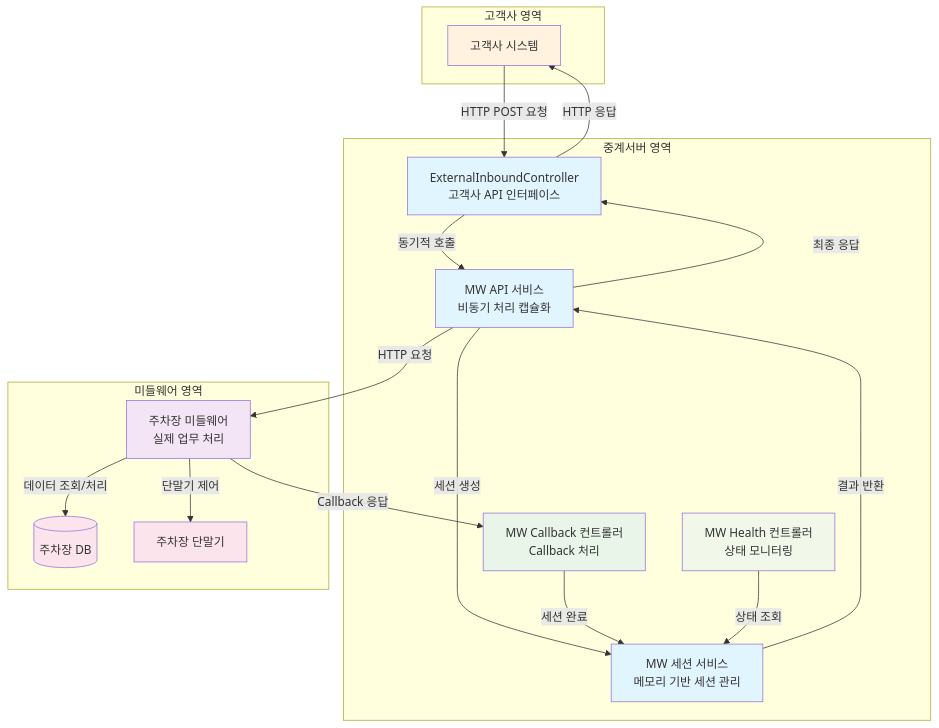
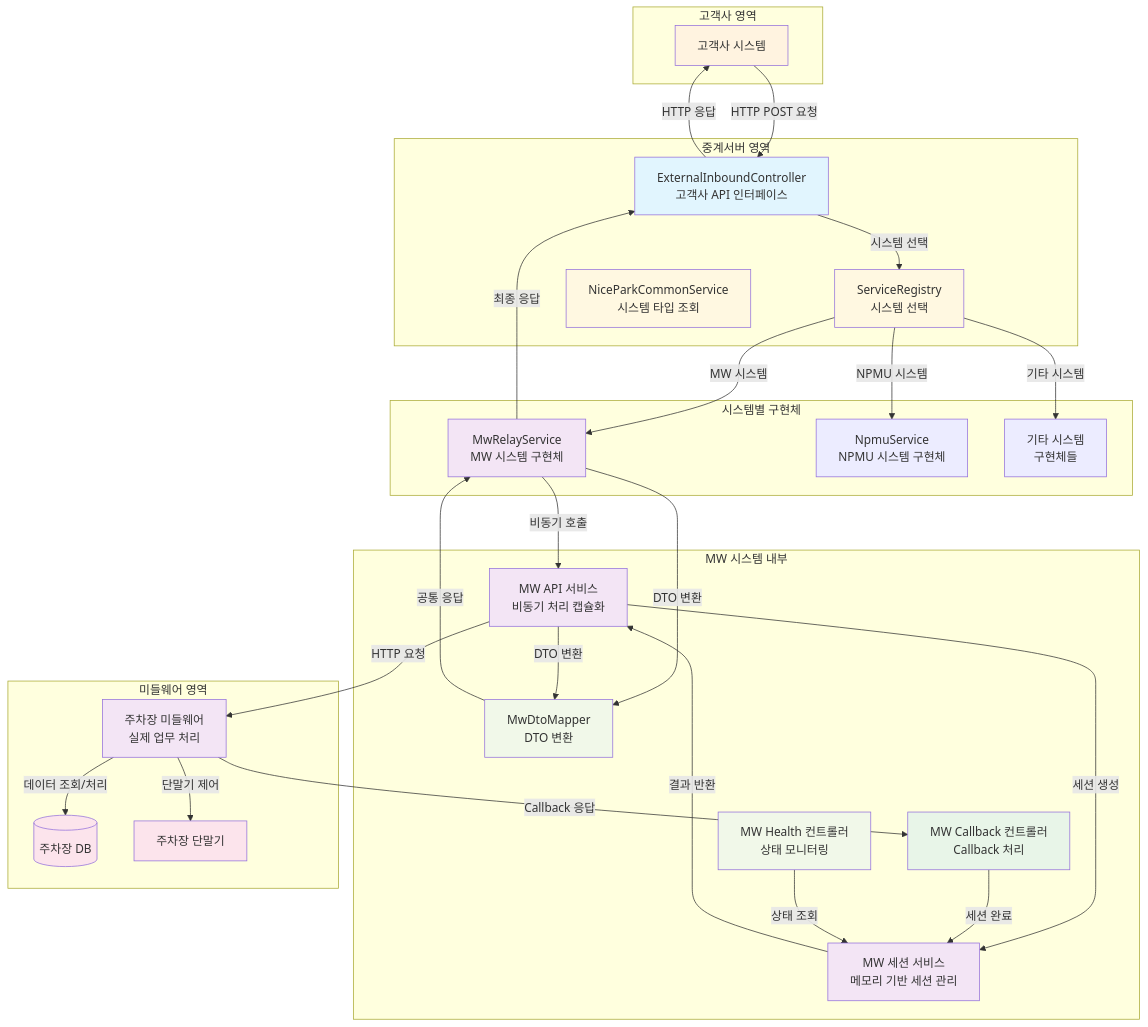
The diagram in npsh.md (hongsoonmyung/test), drawn with Mermaid before and after one commit. The commit also changed other lines of this file, not shown here.

````diff
--- a/npsh.md
+++ b/npsh.md
@@ -27,51 +29,77 @@
 ```mermaid
 graph TB
     subgraph "고객사 영역"
         Client[고객사 시스템]
     end
     
     subgraph "중계서버 영역"
         Relay[ExternalInboundController<br/>고객사 API 인터페이스]
-        MWService[MW API 서비스<br/>비동기 처리 캡슐화]
+        Registry[ServiceRegistry<br/>시스템 선택]
+        CommonService[NiceParkCommonService<br/>시스템 타입 조회]
+    end
+    
+    subgraph "시스템별 구현체"
+        MWRelay[MwRelayService<br/>MW 시스템 구현체]
+        NpmuService[NpmuService<br/>NPMU 시스템 구현체]
+        OtherService[기타 시스템<br/>구현체들]
+    end
+    
+    subgraph "MW 시스템 내부"
+        MWApiService[MW API 서비스<br/>비동기 처리 캡슐화]
         SessionService[MW 세션 서비스<br/>메모리 기반 세션 관리]
         CallbackController[MW Callback 컨트롤러<br/>Callback 처리]
         HealthController[MW Health 컨트롤러<br/>상태 모니터링]
+        DtoMapper[MwDtoMapper<br/>DTO 변환]
     end
     
     subgraph "미들웨어 영역"
         MW[주차장 미들웨어<br/>실제 업무 처리]
         ParkingDB[(주차장 DB)]
         Terminal[주차장 단말기]
     end
     
     Client -->|HTTP POST 요청| Relay
-    Relay -->|동기적 호출| MWService
-    MWService -->|세션 생성| SessionService
-    MWService -->|HTTP 요청| MW
+    Relay -->|시스템 선택| Registry
+    Registry -->|MW 시스템| MWRelay
+    Registry -->|NPMU 시스템| NpmuService
+    Registry -->|기타 시스템| OtherService
+    
+    MWRelay -->|DTO 변환| DtoMapper
+    MWRelay -->|비동기 호출| MWApiService
+    MWApiService -->|세션 생성| SessionService
+    MWApiService -->|HTTP 요청| MW
     MW -->|데이터 조회/처리| ParkingDB
     MW -->|단말기 제어| Terminal
     MW -->|Callback 응답| CallbackController
     CallbackController -->|세션 완료| SessionService
-    SessionService -->|결과 반환| MWService
-    MWService -->|최종 응답| Relay
+    SessionService -->|결과 반환| MWApiService
+    MWApiService -->|DTO 변환| DtoMapper
+    DtoMapper -->|공통 응답| MWRelay
+    MWRelay -->|최종 응답| Relay
     Relay -->|HTTP 응답| Client
     
     HealthController -->|상태 조회| SessionService
     
     classDef relayStyle fill:#e1f5fe
     classDef mwStyle fill:#f3e5f5
     classDef callbackStyle fill:#e8f5e8
     classDef clientStyle fill:#fff3e0
     classDef parkingStyle fill:#fce4ec
     classDef healthStyle fill:#f1f8e9
+    classDef registryStyle fill:#fff8e1
+    classDef mapperStyle fill:#f1f8e9
     
     class Relay relayStyle
-    class MWService relayStyle
-    class SessionService relayStyle
+    class Registry registryStyle
+    class CommonService registryStyle
+    class MWRelay mwStyle
+    class MWApiService mwStyle
+    class SessionService mwStyle
     class CallbackController callbackStyle
     class HealthController healthStyle
+    class DtoMapper mapperStyle
     class Client clientStyle
     class MW mwStyle
     class ParkingDB parkingStyle
     class Terminal parkingStyle
 ```
````
